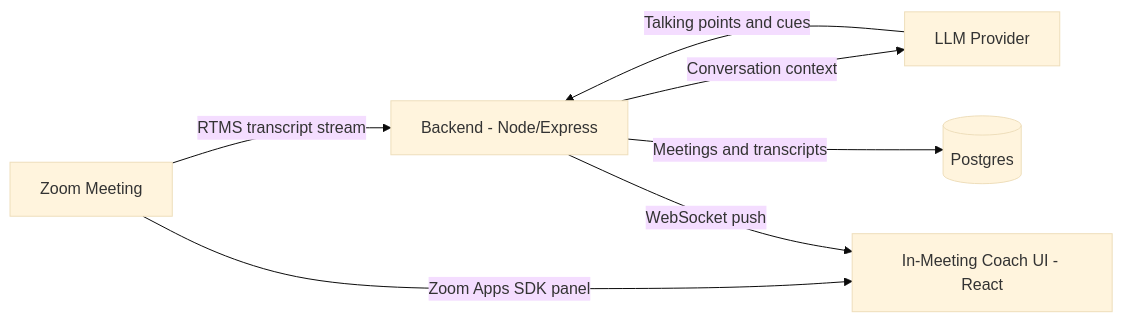
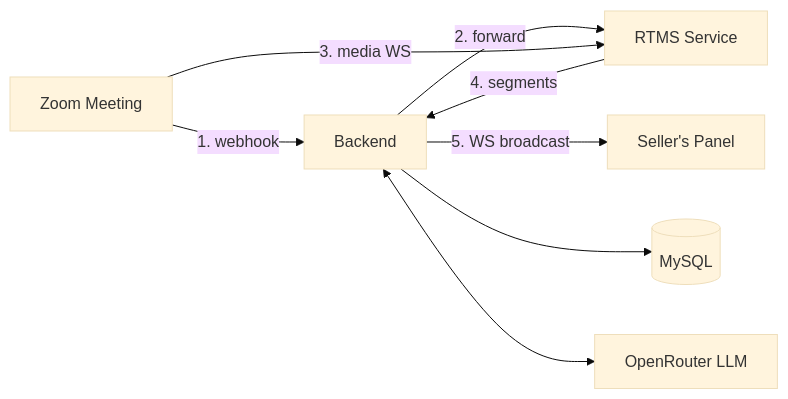
One commit to zoom/blueprints changed the diagram in blueprints/realtime-sales-coach/index.md. Above: the diagram before and after it, drawn with Mermaid (base theme). The commit also changed other lines of this file and 9 other files, not shown here.

````diff
--- a/blueprints/realtime-sales-coach/index.md
+++ b/blueprints/realtime-sales-coach/index.md
@@ -40,9 +82,10 @@
 ```mermaid
 graph LR
-    A[Zoom Meeting] -->|RTMS transcript stream| B[Backend - Node/Express]
-    A -->|Zoom Apps SDK panel| E[In-Meeting Coach UI - React]
-    B -->|Conversation context| C[LLM Provider]
-    C -->|Talking points and cues| B
-    B -->|WebSocket push| E
-    B -->|Meetings and transcripts| D[(Postgres)]
+    Z[Zoom Meeting] -->|1. webhook| B[Backend]
+    B -->|2. forward| R[RTMS Service]
+    Z -->|3. media WS| R
+    R -->|4. segments| B
+    B -->|5. WS broadcast| P[Seller's Panel]
+    B --> D[(MySQL)]
+    B <--> L[OpenRouter LLM]
 ```
````
